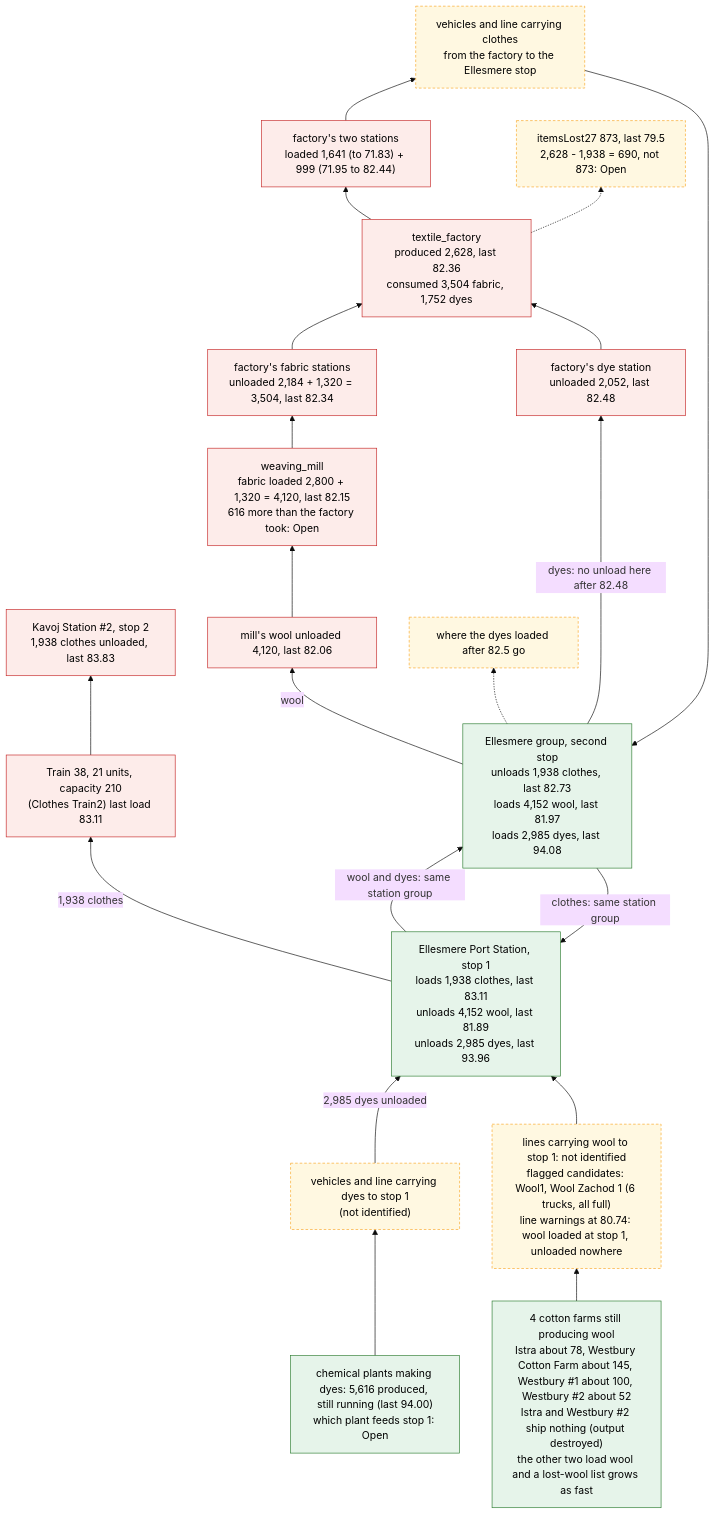
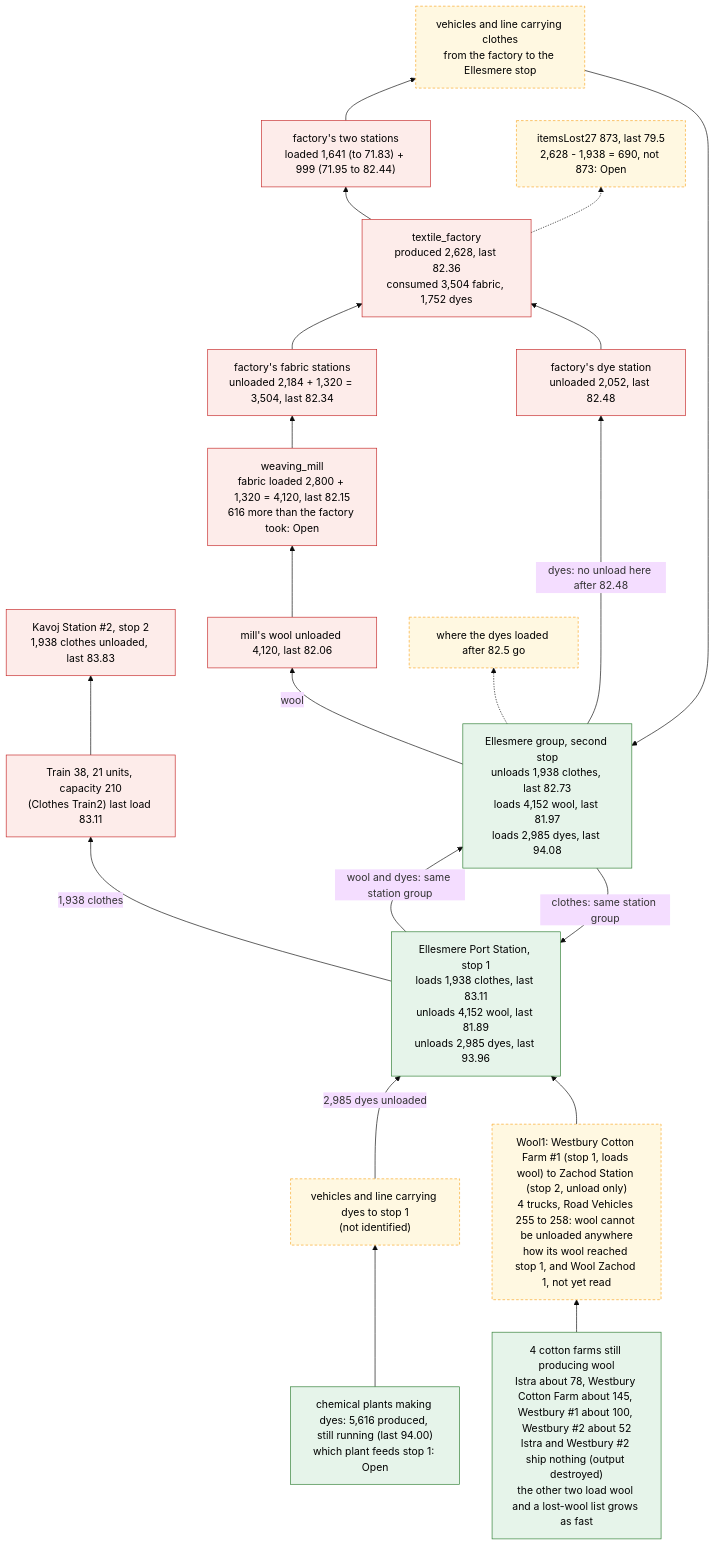
One commit to WuphonsReach/tf3-save-format changed the diagram in docs/analysis-examples/clothes-train2-supply-chain-starvation-6425796.md. Above: the diagram before and after it, drawn with Mermaid (base theme). The commit also changed other lines of this file and 1 other file, not shown here.

First line of the commit message:
docs: clothes-train2 example, Wool1 read in the game (stops, issue text, trucks) and the cotton farm windows; notifications.md confirms line_warning issue type 1 and places warned vehicles on a line

````diff
--- a/docs/analysis-examples/clothes-train2-supply-chain-starvation-6425796.md
+++ b/docs/analysis-examples/clothes-train2-supply-chain-starvation-6425796.md
@@ -68,47 +70,47 @@
 ```mermaid
 flowchart BT
   classDef ok fill:#e6f4ea,stroke:#2e7d32,color:#000
   classDef stopped fill:#fdecea,stroke:#c62828,color:#000
   classDef lost fill:#fff8e1,stroke:#f9a825,stroke-dasharray:4 3,color:#000
 
   KS["Kavoj Station #35;2, stop 2<br/>1,938 clothes unloaded, last 83.83"]:::stopped
   TR["Train 38, 21 units, capacity 210<br/>(Clothes Train2) last load 83.11"]:::stopped
   E1["Ellesmere Port Station, stop 1<br/>loads 1,938 clothes, last 83.11<br/>unloads 4,152 wool, last 81.89<br/>unloads 2,985 dyes, last 93.96"]:::ok
   E2["Ellesmere group, second stop<br/>unloads 1,938 clothes, last 82.73<br/>loads 4,152 wool, last 81.97<br/>loads 2,985 dyes, last 94.08"]:::ok
 
   E1 -->|"1,938 clothes"| TR --> KS
   E2 -->|"clothes: same station group"| E1
   E1 -->|"wool and dyes: same station group"| E2
 
   CARRY["vehicles and line carrying clothes<br/>from the factory to the Ellesmere stop"]:::lost
   CARRY --> E2
   FS["factory's two stations<br/>loaded 1,641 (to 71.83) + 999 (71.95 to 82.44)"]:::stopped
   FS --> CARRY
   TF["textile_factory<br/>produced 2,628, last 82.36<br/>consumed 3,504 fabric, 1,752 dyes"]:::stopped
   TF --> FS
   LOSS["itemsLost27 873, last 79.5<br/>2,628 - 1,938 = 690, not 873: Open"]:::lost
   TF -.-> LOSS
 
   FST["factory's fabric stations<br/>unloaded 2,184 + 1,320 = 3,504, last 82.34"]:::stopped
   FST --> TF
   WM["weaving_mill<br/>fabric loaded 2,800 + 1,320 = 4,120, last 82.15<br/>616 more than the factory took: Open"]:::stopped
   WM --> FST
   WMIN["mill's wool unloaded 4,120, last 82.06"]:::stopped
   WMIN --> WM
   E2 -->|"wool"| WMIN
 
   DY["factory's dye station<br/>unloaded 2,052, last 82.48"]:::stopped
   DY --> TF
   E2 -->|"dyes: no unload here after 82.48"| DY
   DYX["where the dyes loaded after 82.5 go"]:::lost
   E2 -.-> DYX
   DCARRY["vehicles and line carrying dyes to stop 1<br/>(not identified)"]:::lost
   DCARRY -->|"2,985 dyes unloaded"| E1
   CHEM["chemical plants making dyes: 5,616 produced, still running (last 94.00)<br/>which plant feeds stop 1: Open"]:::ok
   CHEM --> DCARRY
 
-  WCARRY["lines carrying wool to stop 1: not identified<br/>flagged candidates: Wool1, Wool Zachod 1 (6 trucks, all full)<br/>line warnings at 80.74: wool loaded at stop 1, unloaded nowhere"]:::lost
+  WCARRY["Wool1: Westbury Cotton Farm #35;1 (stop 1, loads wool) to Zachod Station (stop 2, unload only)<br/>4 trucks, Road Vehicles 255 to 258: wool cannot be unloaded anywhere<br/>how its wool reached stop 1, and Wool Zachod 1, not yet read"]:::lost
   WCARRY --> E1
   FARM["4 cotton farms still producing wool<br/>Istra about 78, Westbury Cotton Farm about 145, Westbury #1 about 100, Westbury #2 about 52<br/>Istra and Westbury #2 ship nothing (output destroyed)<br/>the other two load wool and a lost-wool list grows as fast"]:::ok
   FARM --> WCARRY
 ```
````
